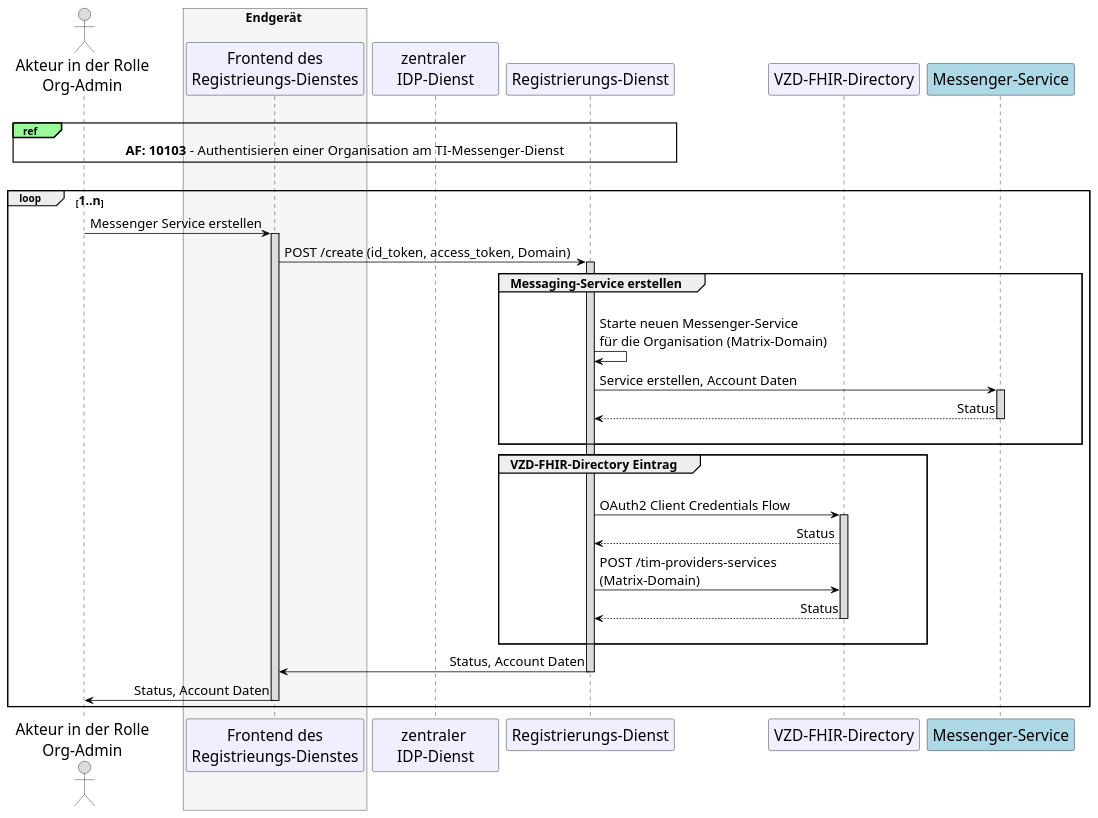
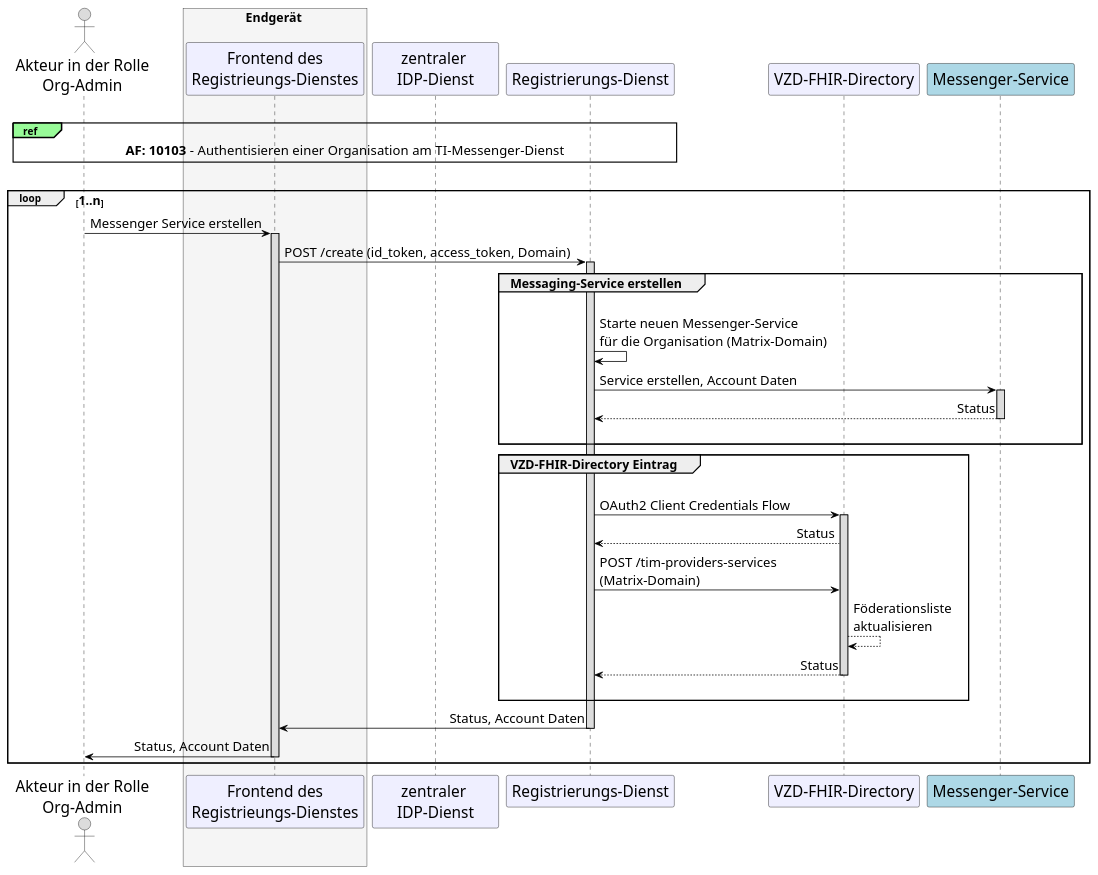
Before and after one commit to gematik/api-ti-messenger: the diagram in src/plantuml/TI-Messenger-Dienst/Ressourcen/UC_10060_Seq.puml, drawn with PlantUML.

```diff
--- a/src/plantuml/TI-Messenger-Dienst/Ressourcen/UC_10060_Seq.puml
+++ b/src/plantuml/TI-Messenger-Dienst/Ressourcen/UC_10060_Seq.puml
@@ -9,75 +9,76 @@
 @startuml
 skinparam sequenceMessageAlign direction
 skinparam WrapWidth 300
 skinparam minClassWidth 150
 skinparam BoxPadding 1
 skinparam sequenceReferenceHeaderBackgroundColor palegreen
 scale max 2048 width
 
 skinparam sequence {
 ArrowColor black
 ArrowFontSize 17
 ActorBorderColor black
 LifeLineBorderColor black
 LifeLineBackgroundColor Gainsboro
 
 ParticipantBorderColor Motivation
 ParticipantBackgroundColor Motivation
 ParticipantFontName Impact
 ParticipantFontSize 20
 ParticipantFontColor black
 ParticipantBorderColor Black
 ParticipantBackgroundColor MOTIVATION
 
 ActorBackgroundColor Gainsboro
 ActorFontColor black
 ActorFontSize 20
 ActorFontName Aapex
 }
     actor U as "Akteur in der Rolle\nOrg-Admin"
       box <size:16>Endgerät</size> #WhiteSmoke
         participant C as "Frontend des\nRegistrieungs-Dienstes"
       end box
     participant I as "zentraler \nIDP-Dienst"
     participant R as "Registrierungs-Dienst"
     participant VZD as "VZD-FHIR-Directory"
     participant MS as "Messenger-Service" #LightBlue
 
 |||
 ref over U, R: <size:17>**AF: 10103** - Authentisieren einer Organisation  am TI-Messenger-Dienst</size> 
 |||
 
 loop <size:16>1..n</size>
   U->C: Messenger Service erstellen
   Activate C
   C->R: POST /create (id_token, access_token, Domain)
     Activate R
     
     group <size:16>Messaging-Service erstellen</size>
     |||
       R->R: Starte neuen Messenger-Service \nfür die Organisation (Matrix-Domain)
       R->MS: Service erstellen, Account Daten
         Activate MS
       MS-->R: Status
         Deactivate MS
     |||
     end
     
     group <size:16>VZD-FHIR-Directory Eintrag</size>
     |||
       R->VZD: OAuth2 Client Credentials Flow
         Activate VZD
       VZD-->R: Status
       R->VZD: POST /tim-providers-services \n(Matrix-Domain)
+      VZD-->VZD: Föderationsliste\naktualisieren
       VZD-->R: Status
         Deactivate VZD
     |||
     end
 
   R->C: Status, Account Daten
     Deactivate R
   C->U: Status, Account Daten
     Deactivate C
 end
 
 @enduml
```
